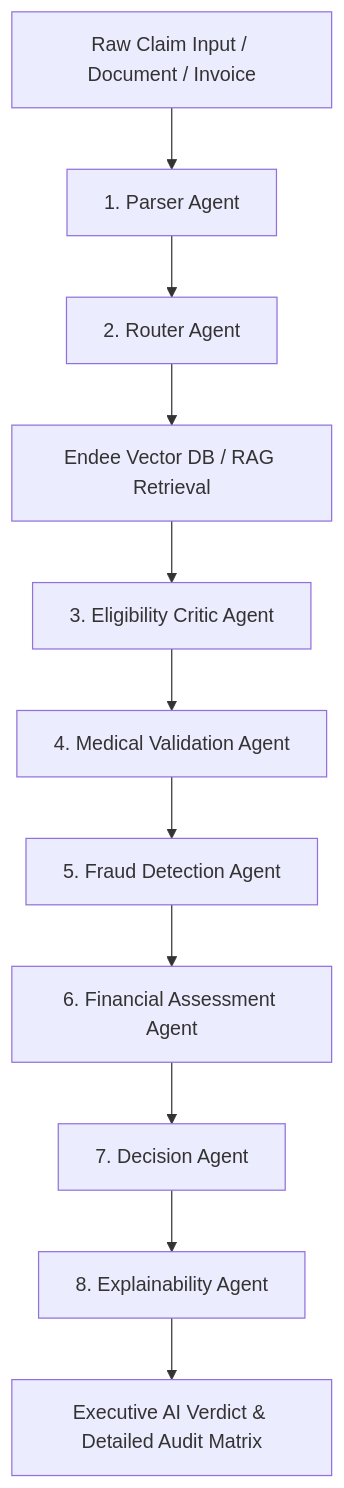
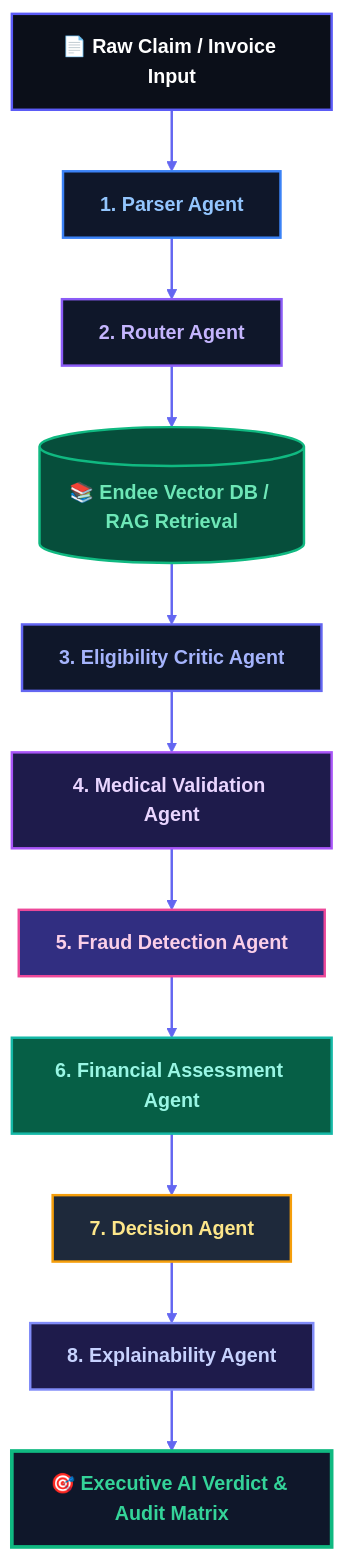
Before and after one commit to Naresh5885/failureaware-ai: the diagram in README.md, drawn with Mermaid.

Commit message:
Feat: Complete 8-Agent Architecture, RAG Vector Ingestion, Batch KPI Matrix, and Vibrant Dark README

````diff
--- a/README.md
+++ b/README.md
@@ -41,13 +41,27 @@
 ```mermaid
 graph TD
-    A[Raw Claim Input / Document / Invoice] --> B[1. Parser Agent]
-    B --> C[2. Router Agent]
-    C --> D[Endee Vector DB / RAG Retrieval]
-    D --> E[3. Eligibility Critic Agent]
-    E --> F[4. Medical Validation Agent]
-    F --> G[5. Fraud Detection Agent]
-    G --> H[6. Financial Assessment Agent]
-    H --> I[7. Decision Agent]
-    I --> J[8. Explainability Agent]
-    J --> K[Executive AI Verdict & Detailed Audit Matrix]
+    classDef startNode fill:#0b0f19,stroke:#5b5bf6,stroke-width:2px,color:#ffffff,font-weight:bold;
+    classDef parserNode fill:#0f172a,stroke:#3b82f6,stroke-width:2px,color:#93c5fd,font-weight:bold;
+    classDef routerNode fill:#0f172a,stroke:#8b5cf6,stroke-width:2px,color:#c4b5fd,font-weight:bold;
+    classDef ragNode fill:#064e3b,stroke:#10b981,stroke-width:2px,color:#6ee7b7,font-weight:bold;
+    classDef criticNode fill:#0f172a,stroke:#6366f1,stroke-width:2px,color:#a5b4fc,font-weight:bold;
+    classDef medNode fill:#1e1b4b,stroke:#a855f7,stroke-width:2px,color:#e9d5ff,font-weight:bold;
+    classDef fraudNode fill:#312e81,stroke:#ec4899,stroke-width:2px,color:#fbcfe8,font-weight:bold;
+    classDef finNode fill:#065f46,stroke:#14b8a6,stroke-width:2px,color:#99f6e4,font-weight:bold;
+    classDef decisionNode fill:#1e293b,stroke:#f59e0b,stroke-width:2px,color:#fde68a,font-weight:bold;
+    classDef expNode fill:#1e1b4b,stroke:#818cf8,stroke-width:2px,color:#c7d2fe,font-weight:bold;
+    classDef resultNode fill:#0f172a,stroke:#10b981,stroke-width:3px,color:#34d399,font-weight:bold;
+
+    A[📄 Raw Claim / Invoice Input]:::startNode --> B[1. Parser Agent]:::parserNode
+    B --> C[2. Router Agent]:::routerNode
+    C --> D[(📚 Endee Vector DB / RAG Retrieval)]:::ragNode
+    D --> E[3. Eligibility Critic Agent]:::criticNode
+    E --> F[4. Medical Validation Agent]:::medNode
+    F --> G[5. Fraud Detection Agent]:::fraudNode
+    G --> H[6. Financial Assessment Agent]:::finNode
+    H --> I[7. Decision Agent]:::decisionNode
+    I --> J[8. Explainability Agent]:::expNode
+    J --> K[🎯 Executive AI Verdict & Audit Matrix]:::resultNode
+
+    linkStyle default stroke:#6366f1,stroke-width:2px;
 ```
````
